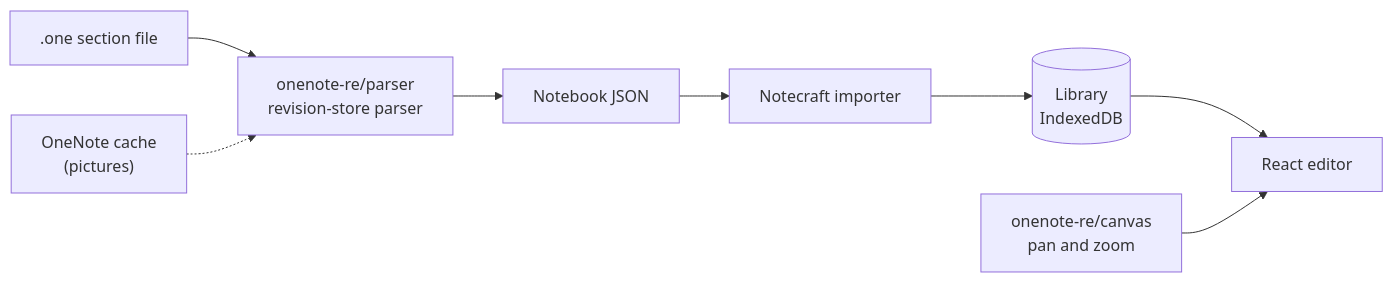
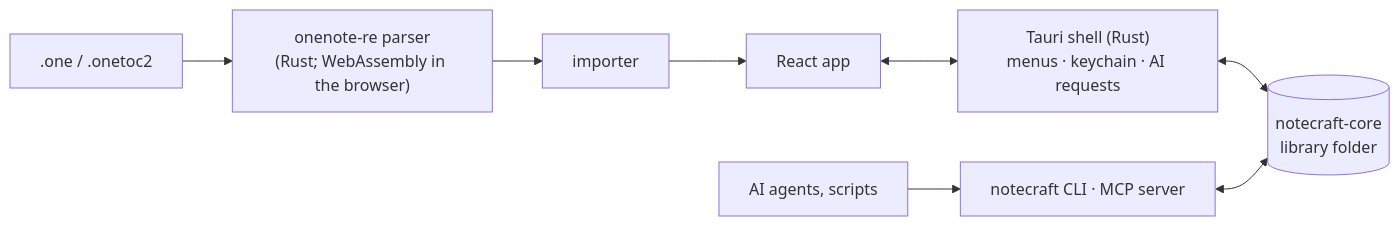
The diagram in README.md (joshmaster2165/Notecraft), drawn with Mermaid before and after one commit. The commit also changed other lines of this file and 92 other files, not shown here.

````diff
--- a/README.md
+++ b/README.md
@@ -137,10 +181,10 @@
 ```mermaid
 flowchart LR
-  one[".one section file"] --> parser["onenote-re/parser<br/>revision-store parser"]
-  cache["OneNote cache<br/>(pictures)"] -.-> parser
-  parser --> json["Notebook JSON"]
-  json --> importer["Notecraft importer"]
-  importer --> lib[("Library<br/>IndexedDB")]
-  lib --> ui["React editor"]
-  canvas["onenote-re/canvas<br/>pan and zoom"] --> ui
+  one[".one / .onetoc2"] --> parser["onenote-re parser<br/>(Rust; WebAssembly in the browser)"]
+  parser --> importer["importer"]
+  importer --> ui["React app"]
+  ui <--> shell["Tauri shell (Rust)<br/>menus · keychain · AI requests"]
+  shell <--> core[("notecraft-core<br/>library folder")]
+  cli["notecraft CLI · MCP server"] <--> core
+  agents["AI agents, scripts"] --> cli
 ```
````
